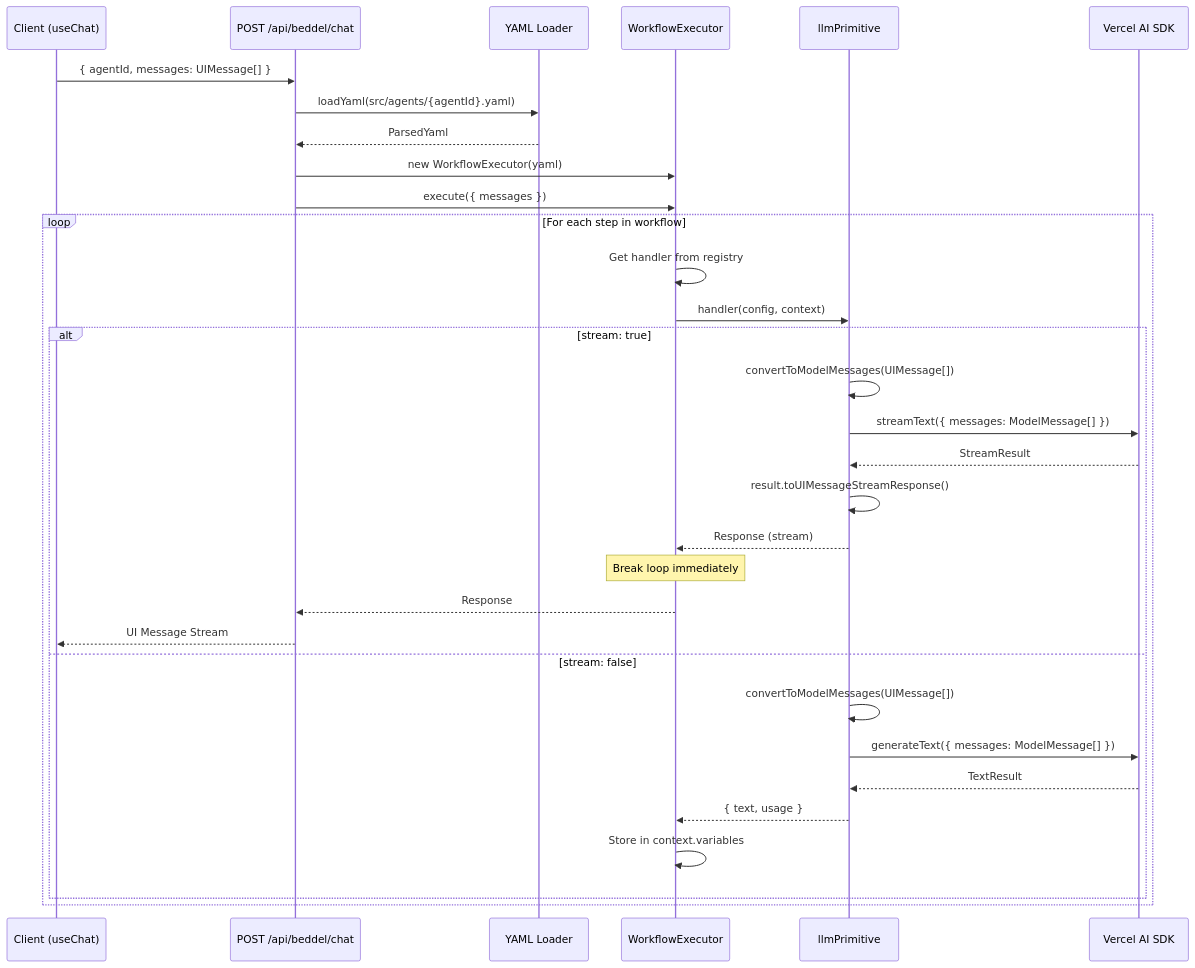
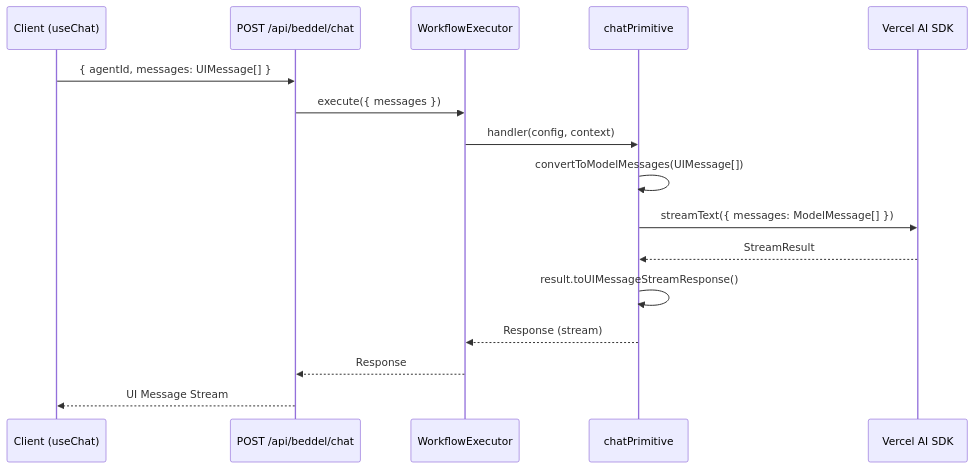
Before and after one commit to botanarede/beddel: the first of 4 diagrams in docs/architecture/core-workflows.md, drawn with Mermaid. The commit also changed other lines of this file and 18 other files, not shown here.

First line of the commit message:
feat(primitives): add chat primitive and refactor llm architecture

````diff
--- a/docs/architecture/core-workflows.md
+++ b/docs/architecture/core-workflows.md
@@ -141,37 +175,19 @@
 ```mermaid
 sequenceDiagram
     participant Client as Client (useChat)
     participant API as POST /api/beddel/chat
-    participant Loader as YAML Loader
     participant Executor as WorkflowExecutor
-    participant LLM as llmPrimitive
+    participant Chat as chatPrimitive
     participant SDK as Vercel AI SDK
 
     Client->>API: { agentId, messages: UIMessage[] }
-    API->>Loader: loadYaml(src/agents/{agentId}.yaml)
-    Loader-->>API: ParsedYaml
-    API->>Executor: new WorkflowExecutor(yaml)
     API->>Executor: execute({ messages })
-    
-    loop For each step in workflow
-        Executor->>Executor: Get handler from registry
-        Executor->>LLM: handler(config, context)
-        
-        alt stream: true
-            LLM->>LLM: convertToModelMessages(UIMessage[])
-            LLM->>SDK: streamText({ messages: ModelMessage[] })
-            SDK-->>LLM: StreamResult
-            LLM->>LLM: result.toUIMessageStreamResponse()
-            LLM-->>Executor: Response (stream)
-            Note over Executor: Break loop immediately
-            Executor-->>API: Response
-            API-->>Client: UI Message Stream
-        else stream: false
-            LLM->>LLM: convertToModelMessages(UIMessage[])
-            LLM->>SDK: generateText({ messages: ModelMessage[] })
-            SDK-->>LLM: TextResult
-            LLM-->>Executor: { text, usage }
-            Executor->>Executor: Store in context.variables
-        end
-    end
+    Executor->>Chat: handler(config, context)
+    Chat->>Chat: convertToModelMessages(UIMessage[])
+    Chat->>SDK: streamText({ messages: ModelMessage[] })
+    SDK-->>Chat: StreamResult
+    Chat->>Chat: result.toUIMessageStreamResponse()
+    Chat-->>Executor: Response (stream)
+    Executor-->>API: Response
+    API-->>Client: UI Message Stream
 ```
````
